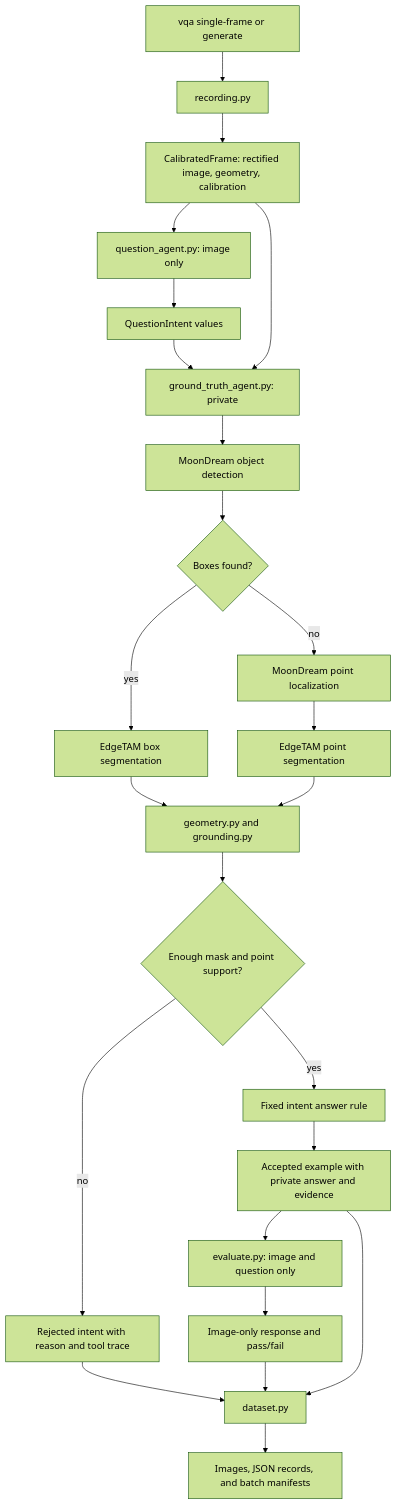
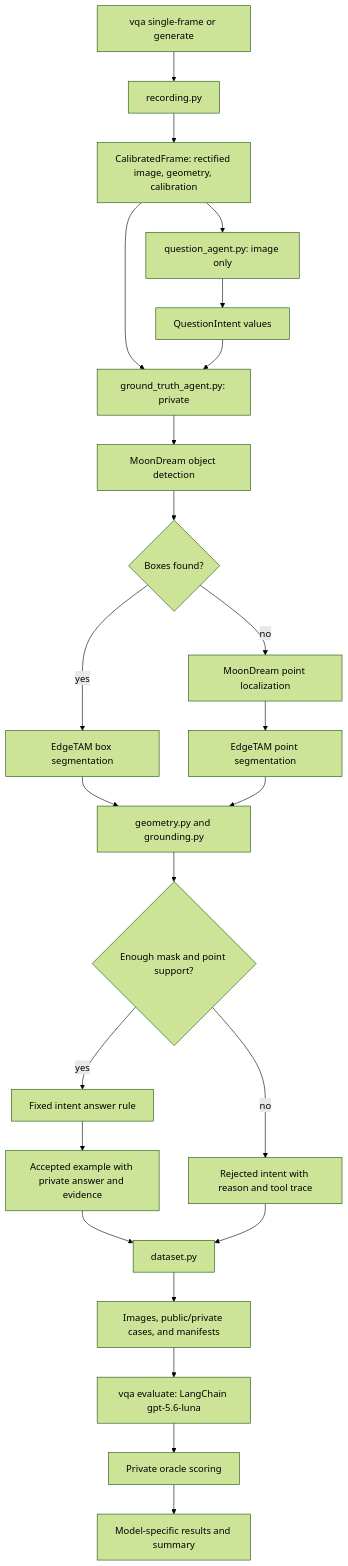
Before and after one commit to Moshiii/dimos: the diagram in docs/capabilities/perception/single-frame-vqa-architecture.md, drawn with Mermaid (forest theme). The commit also changed other lines of this file and 18 other files, not shown here.

````diff
--- a/docs/capabilities/perception/single-frame-vqa-architecture.md
+++ b/docs/capabilities/perception/single-frame-vqa-architecture.md
@@ -13,29 +13,29 @@
 ```mermaid
 flowchart TD
     command["vqa single-frame or generate"] --> recording["recording.py"]
     recording --> frame["CalibratedFrame: rectified image, geometry, calibration"]
 
     frame --> proposer["question_agent.py: image only"]
     proposer --> intents["QuestionIntent values"]
 
     frame --> ground_truth["ground_truth_agent.py: private"]
     intents --> ground_truth
     ground_truth --> detect["MoonDream object detection"]
     detect --> boxes{"Boxes found?"}
     boxes -->|yes| box_segment["EdgeTAM box segmentation"]
     boxes -->|no| point_locate["MoonDream point localization"]
     point_locate --> point_segment["EdgeTAM point segmentation"]
     box_segment --> geometry["geometry.py and grounding.py"]
     point_segment --> geometry
     geometry --> evidence{"Enough mask and point support?"}
     evidence -->|no| rejected["Rejected intent with reason and tool trace"]
     evidence -->|yes| rule["Fixed intent answer rule"]
     rule --> accepted["Accepted example with private answer and evidence"]
 
-    accepted --> evaluate["evaluate.py: image and question only"]
-    evaluate --> results["Image-only response and pass/fail"]
     accepted --> dataset["dataset.py"]
     rejected --> dataset
-    results --> dataset
-    dataset --> output["Images, JSON records, and batch manifests"]
+    dataset --> output["Images, public/private cases, and manifests"]
+    output --> evaluator["vqa evaluate: LangChain gpt-5.6-luna"]
+    evaluator --> score["Private oracle scoring"]
+    score --> results["Model-specific results and summary"]
 ```
````
